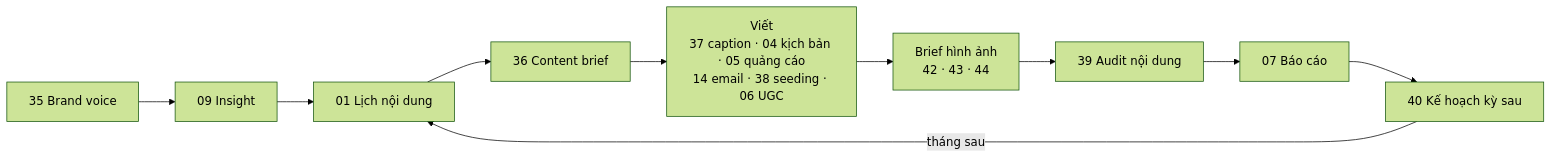
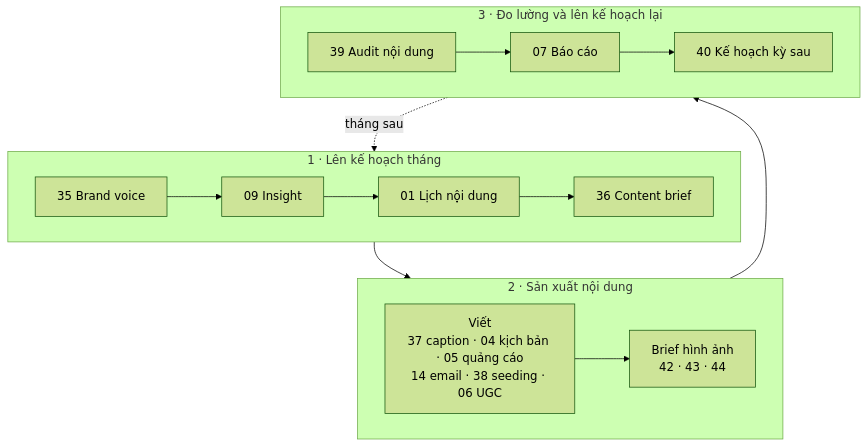
Before and after one commit to minhnv0807/ai-business-skills: the sixth of 9 diagrams in README.vi.md, drawn with Mermaid (forest theme). The commit also changed other lines of this file and 1 other file, not shown here.

Commit message:
docs(readme): stack the content and performance loops into rows so they stay readable on GitHub

````diff
--- a/README.vi.md
+++ b/README.vi.md
@@ -277,8 +277,17 @@
 ```mermaid
-flowchart LR
-    V["35 Brand voice"] --> I["09 Insight"] --> CAL["01 Lịch nội dung"] --> BR["36 Content brief"]
-    BR --> W["Viết<br/>37 caption · 04 kịch bản · 05 quảng cáo<br/>14 email · 38 seeding · 06 UGC"]
-    W --> VIS["Brief hình ảnh<br/>42 · 43 · 44"]
-    VIS --> AU["39 Audit nội dung"] --> RP["07 Báo cáo"] --> NX["40 Kế hoạch kỳ sau"]
-    NX -->|tháng sau| CAL
+flowchart TB
+    subgraph PREP["1 · Lên kế hoạch tháng"]
+        direction LR
+        V["35 Brand voice"] --> I["09 Insight"] --> CAL["01 Lịch nội dung"] --> BR["36 Content brief"]
+    end
+    subgraph MAKE["2 · Sản xuất nội dung"]
+        direction LR
+        W["Viết<br/>37 caption · 04 kịch bản · 05 quảng cáo<br/>14 email · 38 seeding · 06 UGC"] --> VIS["Brief hình ảnh<br/>42 · 43 · 44"]
+    end
+    subgraph LEARN["3 · Đo lường và lên kế hoạch lại"]
+        direction LR
+        AU["39 Audit nội dung"] --> RP["07 Báo cáo"] --> NX["40 Kế hoạch kỳ sau"]
+    end
+    PREP --> MAKE --> LEARN
+    LEARN -.->|tháng sau| PREP
 ```
````
